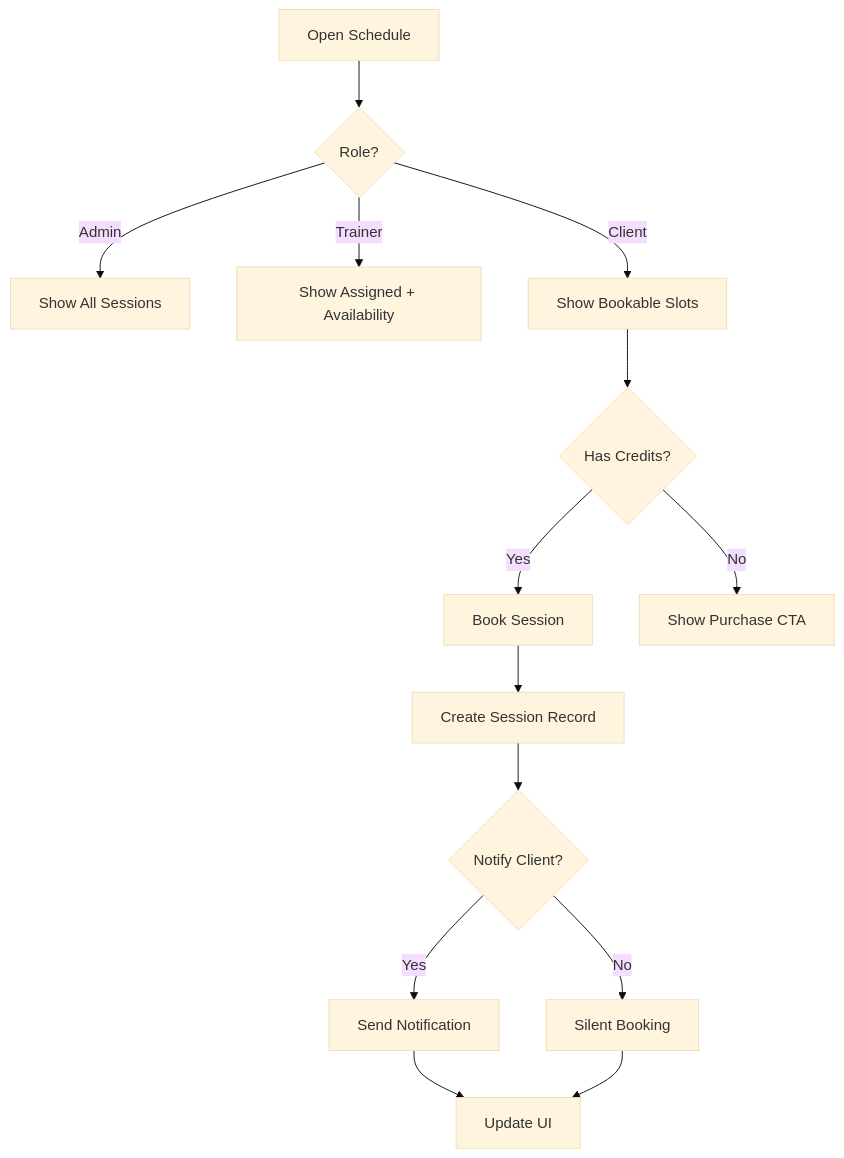
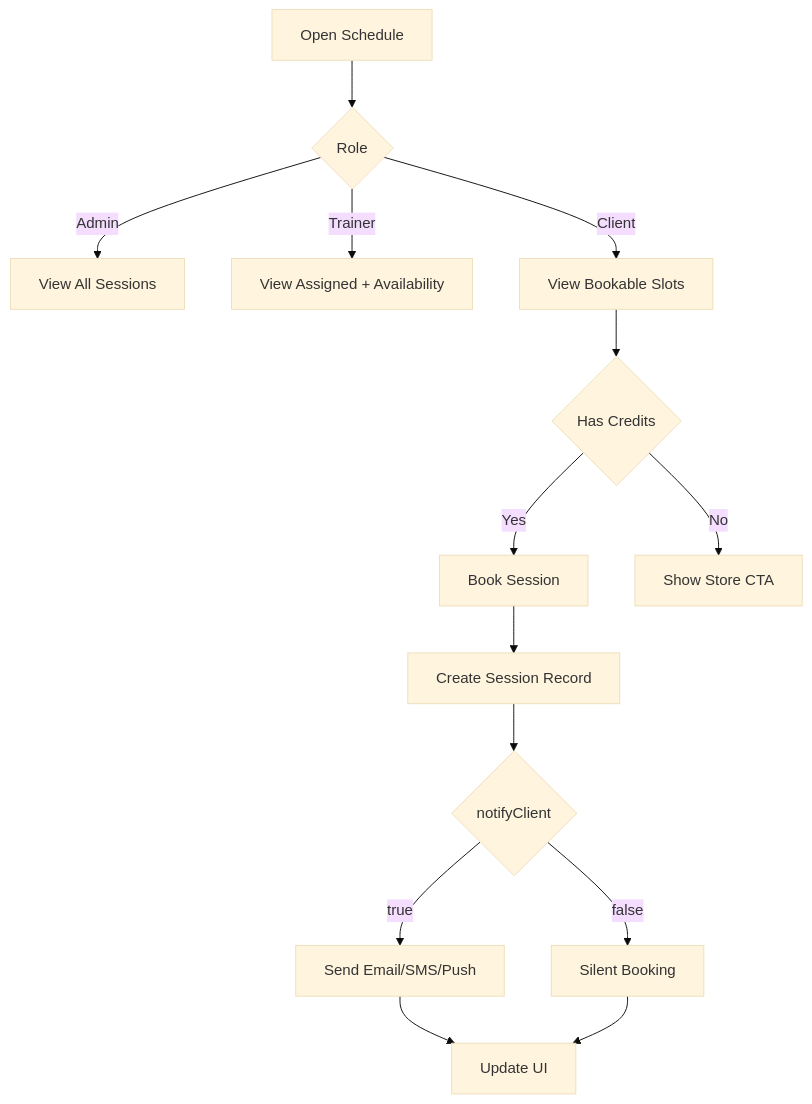
One commit to SeanSwan/-SS-PT-New changed the third of 3 diagrams in docs/ai-workflow/reviews/universal-schedule-architecture.md. Above: the diagram before and after it, drawn with Mermaid (base theme). The commit also changed other lines of this file and 24 other files, not shown here.

````diff
--- a/docs/ai-workflow/reviews/universal-schedule-architecture.md
+++ b/docs/ai-workflow/reviews/universal-schedule-architecture.md
@@ -84,16 +108,16 @@
 ```mermaid
 flowchart TD
-  A[Open Schedule] --> B{Role?}
-  B -->|Admin| C[Show All Sessions]
-  B -->|Trainer| D[Show Assigned + Availability]
-  B -->|Client| E[Show Bookable Slots]
-  E --> F{Has Credits?}
+  A[Open Schedule] --> B{Role}
+  B -->|Admin| C[View All Sessions]
+  B -->|Trainer| D[View Assigned + Availability]
+  B -->|Client| E[View Bookable Slots]
+  E --> F{Has Credits}
   F -->|Yes| G[Book Session]
-  F -->|No| H[Show Purchase CTA]
+  F -->|No| H[Show Store CTA]
   G --> I[Create Session Record]
-  I --> J{Notify Client?}
-  J -->|Yes| K[Send Notification]
-  J -->|No| L[Silent Booking]
+  I --> J{notifyClient}
+  J -->|true| K[Send Email/SMS/Push]
+  J -->|false| L[Silent Booking]
   K --> M[Update UI]
   L --> M
 ```
````
